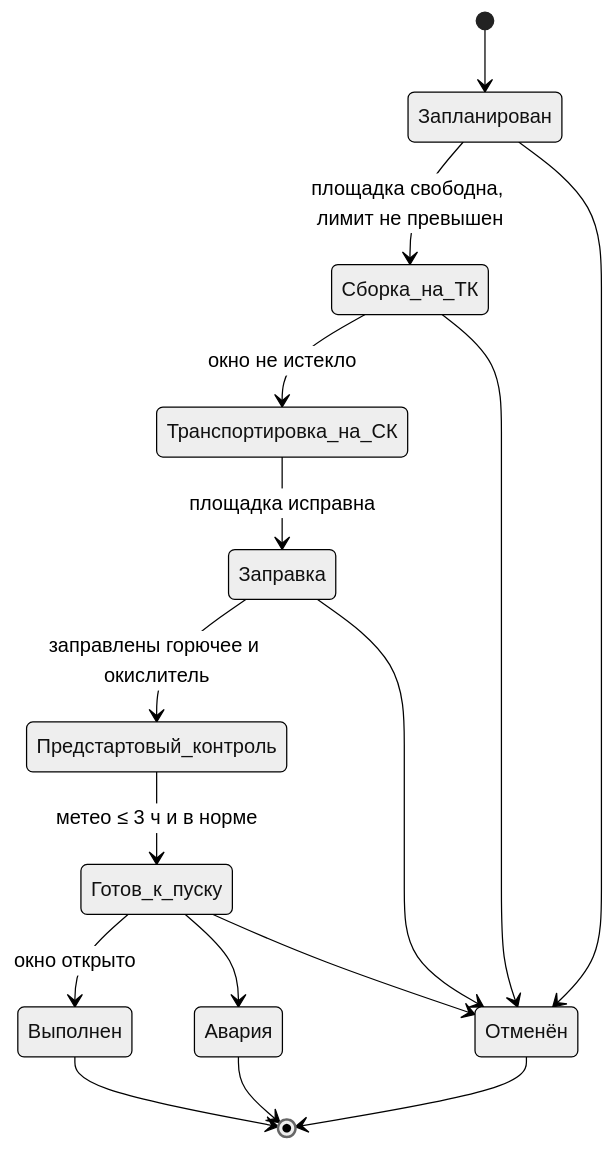
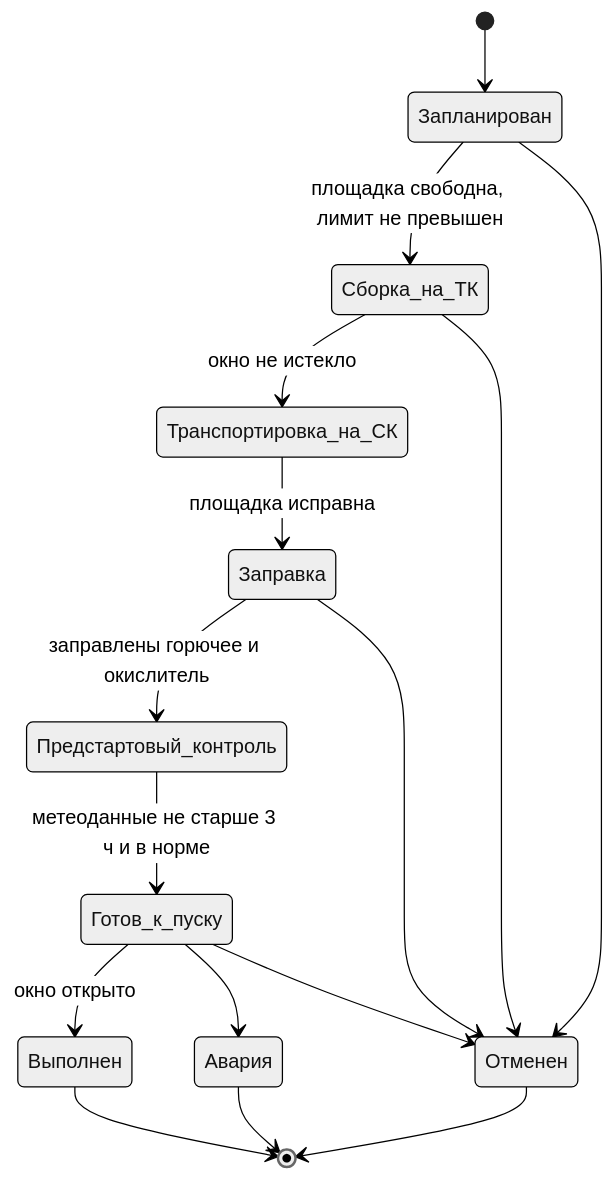
Before and after one commit to r3DBAD/SpaceCenter: the diagram in docs/05_architecture.md, drawn with Mermaid (neutral theme). The commit also changed other lines of this file and 39 other files, not shown here.

Commit message:
переписал readme и доки под веб версию, новые диаграммы последовательности и классов, скрины

````diff
--- a/docs/05_architecture.md
+++ b/docs/05_architecture.md
@@ -59,18 +59,18 @@
 ```mermaid
 stateDiagram-v2
     [*] --> Запланирован
     Запланирован --> Сборка_на_ТК : площадка свободна, лимит не превышен
     Сборка_на_ТК --> Транспортировка_на_СК : окно не истекло
     Транспортировка_на_СК --> Заправка : площадка исправна
     Заправка --> Предстартовый_контроль : заправлены горючее и окислитель
-    Предстартовый_контроль --> Готов_к_пуску : метео ≤ 3 ч и в норме
+    Предстартовый_контроль --> Готов_к_пуску : метеоданные не старше 3 ч и в норме
     Готов_к_пуску --> Выполнен : окно открыто
     Готов_к_пуску --> Авария
-    Запланирован --> Отменён
-    Сборка_на_ТК --> Отменён
-    Заправка --> Отменён
-    Готов_к_пуску --> Отменён
+    Запланирован --> Отменен
+    Сборка_на_ТК --> Отменен
+    Заправка --> Отменен
+    Готов_к_пуску --> Отменен
     Выполнен --> [*]
     Авария --> [*]
-    Отменён --> [*]
+    Отменен --> [*]
 ```
````
